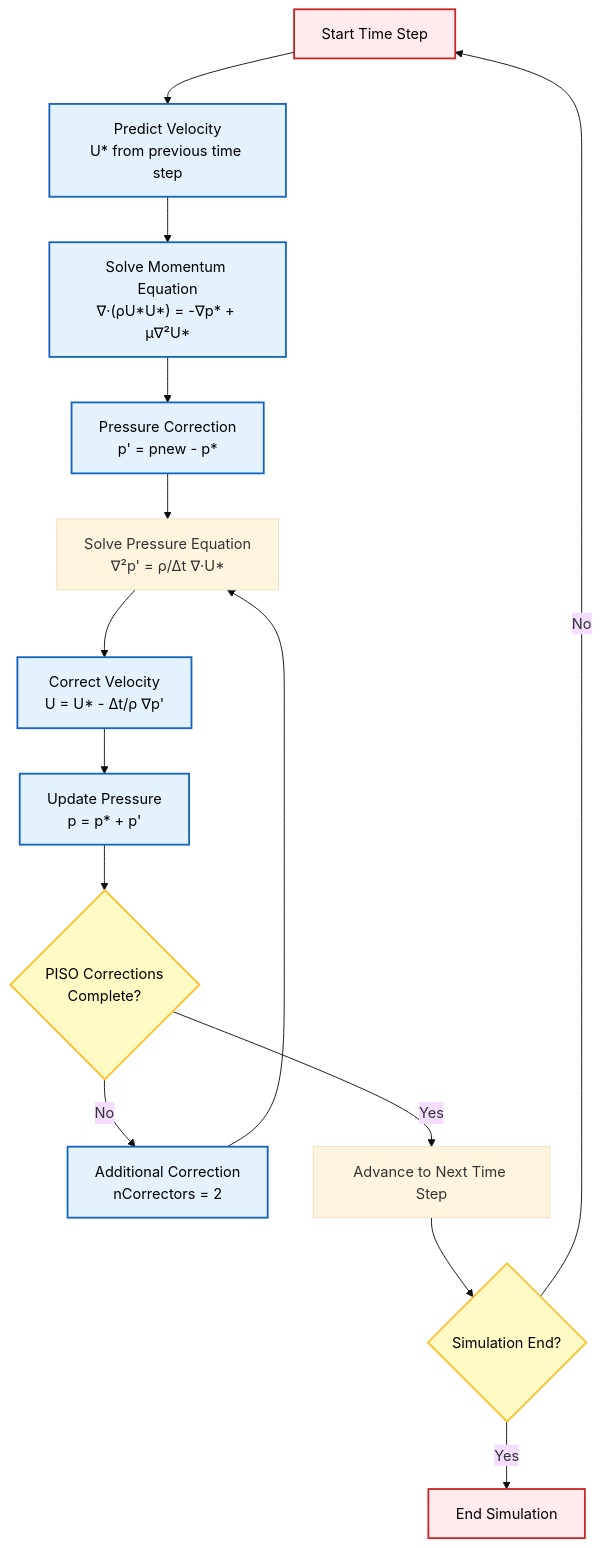
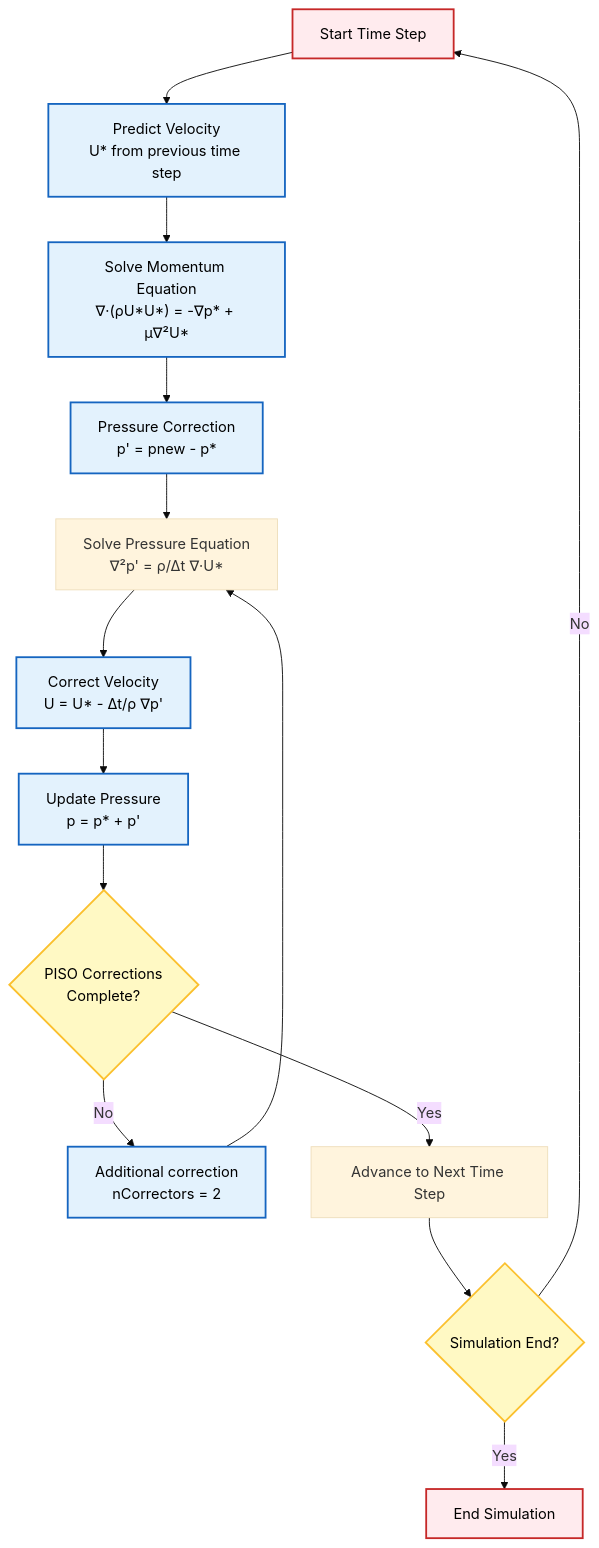
Before and after one commit to wramet/build-my-cfd: the second of 6 diagrams in MODULE_01_CFD_FUNDAMENTALS/CONTENT/04_FIRST_SIMULATION/00_Overview.md, drawn with Mermaid (base theme). The commit also changed other lines of this file and 2996 other files, not shown here.

````diff
--- a/MODULE_01_CFD_FUNDAMENTALS/CONTENT/04_FIRST_SIMULATION/00_Overview.md
+++ b/MODULE_01_CFD_FUNDAMENTALS/CONTENT/04_FIRST_SIMULATION/00_Overview.md
@@ -121,25 +121,25 @@
 ```mermaid
 graph TD
     A["Start Time Step"] --> B["Predict Velocity<br/>U* from previous time step"]
     B --> C["Solve Momentum Equation<br/>∇·(ρU*U*) = -∇p* + μ∇²U*"]
     C --> D["Pressure Correction<br/>p' = pnew - p*"]
     D --> E["Solve Pressure Equation<br/>∇²p' = ρ/Δt ∇·U*"]
     E --> F["Correct Velocity<br/>U = U* - Δt/ρ ∇p'"]
     F --> G["Update Pressure<br/>p = p* + p'"]
     G --> H{"PISO Corrections<br/>Complete?"}
-    H -->|No| I["Additional Correction<br/>nCorrectors = 2"]
+    H -->|No| I["Additional correction<br/>nCorrectors = 2"]
     I --> E
     H -->|Yes| J["Advance to Next Time Step"]
     J --> K{"Simulation End?"}
     K -->|No| A
     K -->|Yes| L["End Simulation"]
 
     classDef process fill:#e3f2fd,stroke:#1565c0,stroke-width:2px,color:#000;
     classDef decision fill:#fff9c4,stroke:#fbc02d,stroke-width:2px,color:#000;
     classDef terminator fill:#ffebee,stroke:#c62828,stroke-width:2px,color:#000;
 
     class A,L terminator;
     class B,C,D,F,G,I process;
     class E,J storage;
     class H,K decision;
 ```
````
